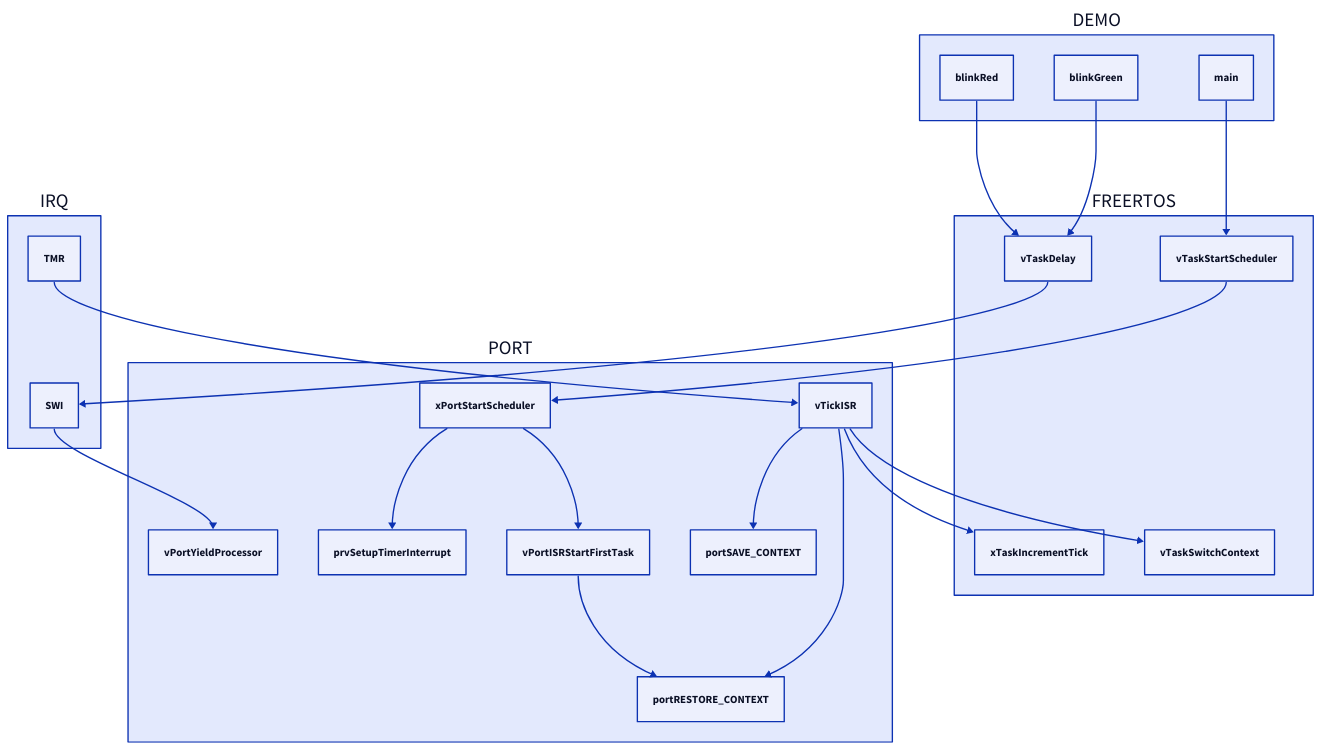
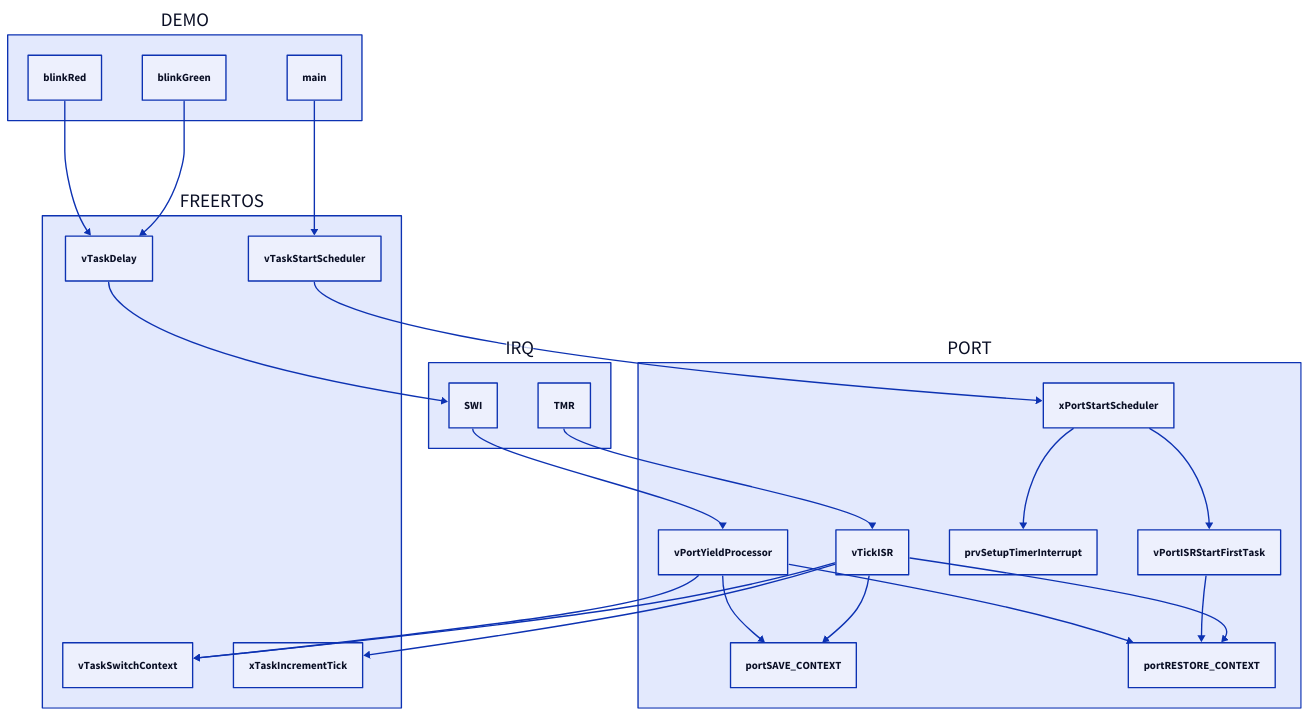
The diagram in FreeRTOS/funciones.d2 (epaubert/FreeRTOS-TFG), drawn with D2 before and after one commit. The commit also changed 11 other files, not shown here.

```diff
--- a/FreeRTOS/funciones.d2
+++ b/FreeRTOS/funciones.d2
@@ -1,38 +1,47 @@
 DEMO {
     main
     blinkRed
     blinkGreen
 }
-IRQ{
+
+IRQ {
     SWI -> _.PORT.vPortYieldProcessor
     TMR -> _.PORT.vTickISR
 }
 
-FREERTOS{
-vTaskStartScheduler
+FREERTOS {
+    vTaskStartScheduler
+    vTaskSwitchContext
+    xTaskIncrementTick
+    vTaskDelay
 }
 
 PORT {
-xPortStartScheduler
-prvSetupTimerInterrupt
-vPortISRStartFirstTask
-portSAVE_CONTEXT
-portRESTORE_CONTEXT
-vTickISR
-vPortYieldProcessor
+    xPortStartScheduler
+    prvSetupTimerInterrupt
+    vPortISRStartFirstTask
+    portSAVE_CONTEXT
+    portRESTORE_CONTEXT
+    vTickISR
+    vPortYieldProcessor
+
+    vPortYieldProcessor -> portSAVE_CONTEXT
+    vPortYieldProcessor -> _.FREERTOS.vTaskSwitchContext
+    vPortYieldProcessor -> portRESTORE_CONTEXT
 }
+
 
 DEMO.main -> FREERTOS.vTaskStartScheduler
 FREERTOS.vTaskStartScheduler -> PORT.xPortStartScheduler
 PORT.xPortStartScheduler -> PORT.prvSetupTimerInterrupt
 PORT.xPortStartScheduler -> PORT.vPortISRStartFirstTask
 PORT.vPortISRStartFirstTask -> PORT.portRESTORE_CONTEXT
 
 PORT.vTickISR -> PORT.portSAVE_CONTEXT
 PORT.vTickISR -> PORT.portRESTORE_CONTEXT
 PORT.vTickISR -> FREERTOS.xTaskIncrementTick
 PORT.vTickISR -> FREERTOS.vTaskSwitchContext
 
 DEMO.blinkRed -> FREERTOS.vTaskDelay
 DEMO.blinkGreen -> FREERTOS.vTaskDelay
 FREERTOS.vTaskDelay -> IRQ.SWI
```
